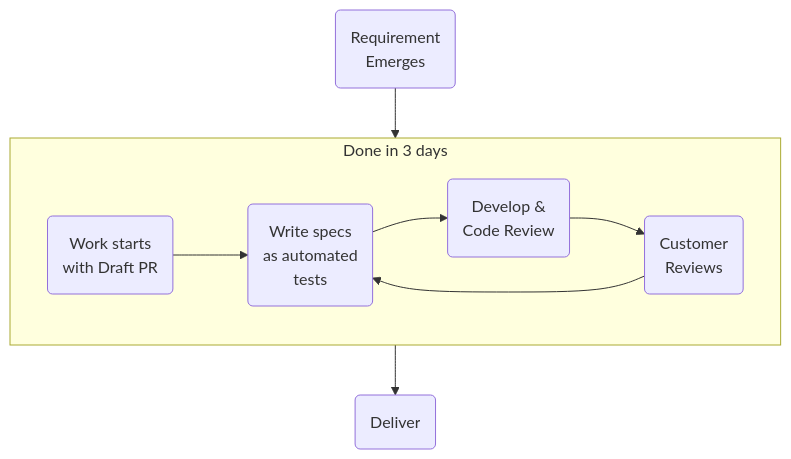
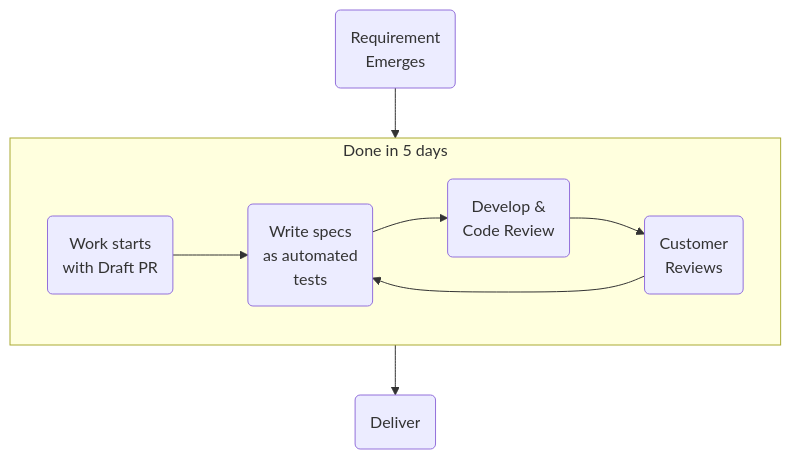
One commit to mouseless/mouseless.codes changed the diagram in how-we-work.md. Above: the diagram before and after it, drawn with Mermaid. The commit also changed other lines of this file, not shown here.

Commit message:
change 3 days to 5

````diff
--- a/how-we-work.md
+++ b/how-we-work.md
@@ -29,21 +29,21 @@
 ```mermaid
 flowchart TB
     R(Requirement<br>Emerges)
 
-    subgraph LC[Done in 3 days]
+    subgraph LC[Done in 5 days]
         W(Work starts<br>with Draft PR)
         S(Write specs<br>as automated<br>tests)
         DR(Develop &<br>Code Review)
         C(Customer<br>Reviews)
 
         W --> S
         S --> DR
         DR --> C
         C --> S
     end
 
     D(Deliver)
 
     R --> LC
     LC --> D
 ```
````
